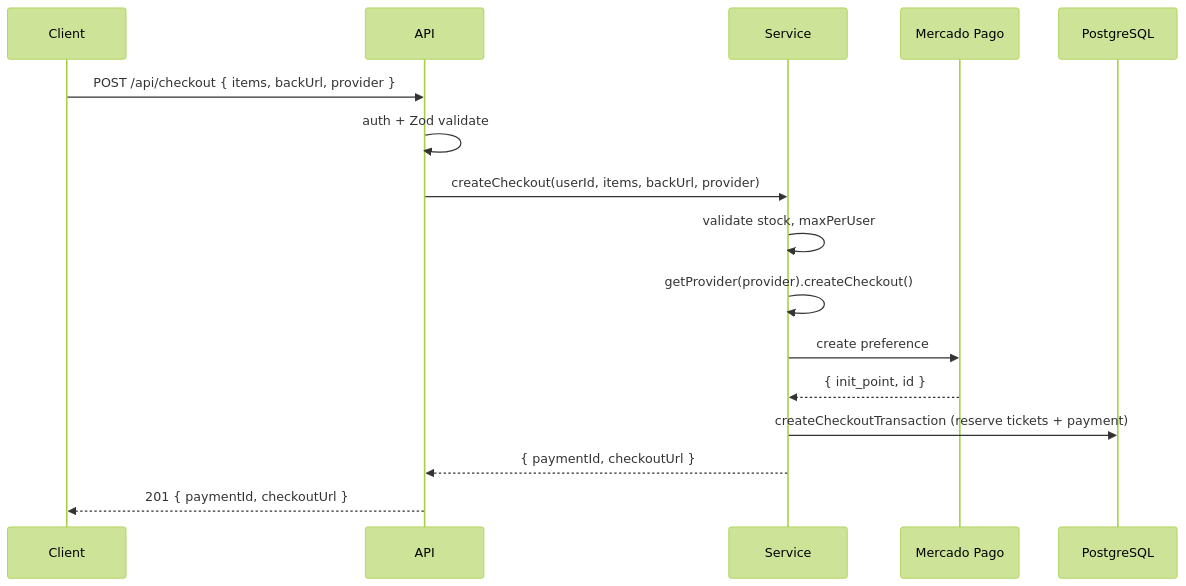
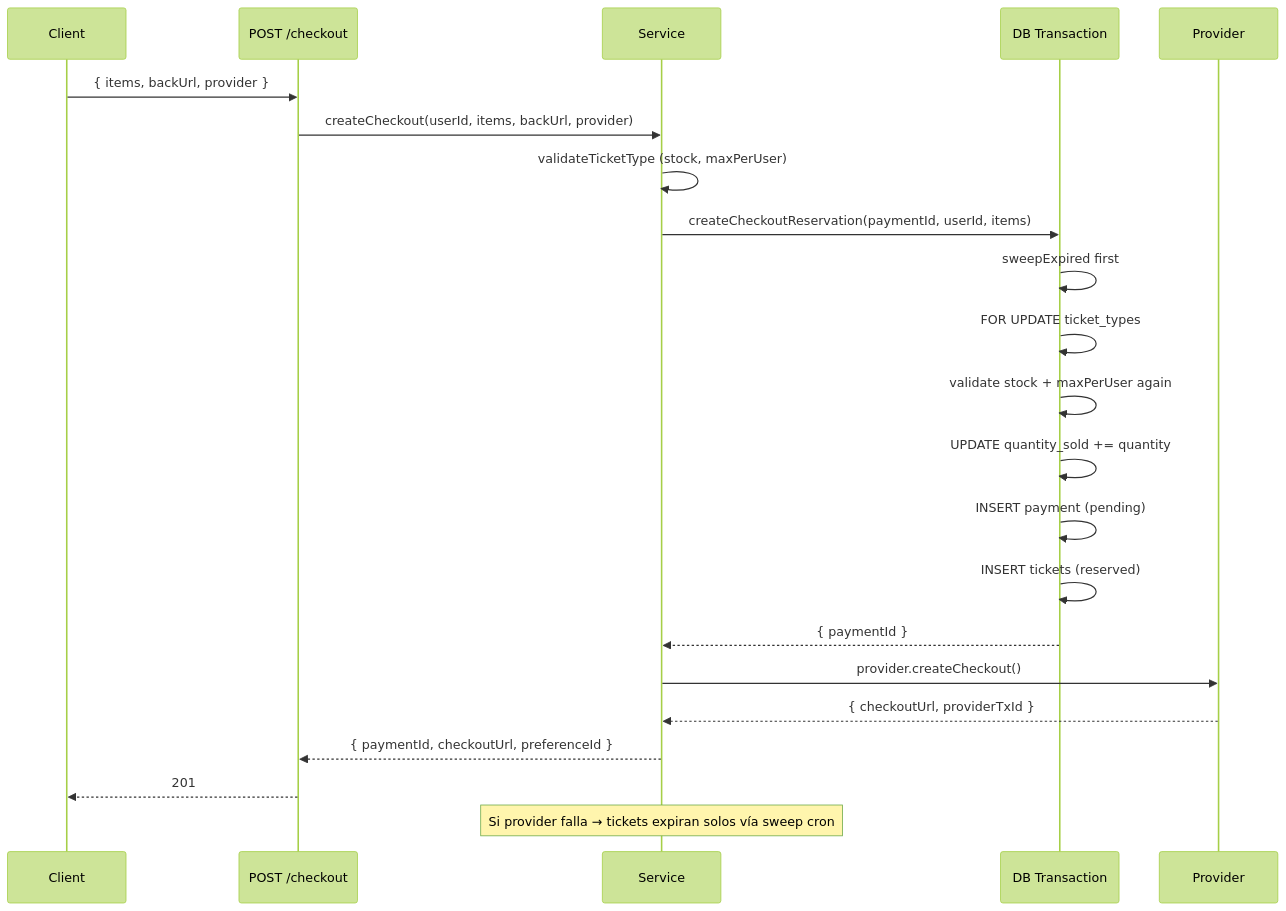
One commit to User281167/venta-de-tickets changed the first of 4 diagrams in backend/src/modules/payments/README.md. Above: the diagram before and after it, drawn with Mermaid (forest theme). The commit also changed other lines of this file and 6 other files, not shown here.

Commit message:
docs: mejroar readme y actulizarlos tanto tipos y rutas como diagramas de flujo

````diff
--- a/backend/src/modules/payments/README.md
+++ b/backend/src/modules/payments/README.md
@@ -34,19 +103,25 @@
 ```mermaid
 sequenceDiagram
     participant C as Client
-    participant API as API
+    participant API as POST /checkout
     participant S as Service
-    participant MP as Mercado Pago
-    participant DB as PostgreSQL
+    participant Tx as DB Transaction
+    participant P as Provider
 
-    C->>API: POST /api/checkout { items, backUrl, provider }
-    API->>API: auth + Zod validate
+    C->>API: { items, backUrl, provider }
     API->>S: createCheckout(userId, items, backUrl, provider)
-    S->>S: validate stock, maxPerUser
-    S->>S: getProvider(provider).createCheckout()
-    S->>MP: create preference
-    MP-->>S: { init_point, id }
-    S->>DB: createCheckoutTransaction (reserve tickets + payment)
-    S-->>API: { paymentId, checkoutUrl }
-    API-->>C: 201 { paymentId, checkoutUrl }
+    S->>S: validateTicketType (stock, maxPerUser)
+    S->>Tx: createCheckoutReservation(paymentId, userId, items)
+    Tx->>Tx: sweepExpired first
+    Tx->>Tx: FOR UPDATE ticket_types
+    Tx->>Tx: validate stock + maxPerUser again
+    Tx->>Tx: UPDATE quantity_sold += quantity
+    Tx->>Tx: INSERT payment (pending)
+    Tx->>Tx: INSERT tickets (reserved)
+    Tx-->>S: { paymentId }
+    S->>P: provider.createCheckout()
+    P-->>S: { checkoutUrl, providerTxId }
+    S-->>API: { paymentId, checkoutUrl, preferenceId }
+    API-->>C: 201
+    Note over S: Si provider falla → tickets expiran solos vía sweep cron
 ```
````
